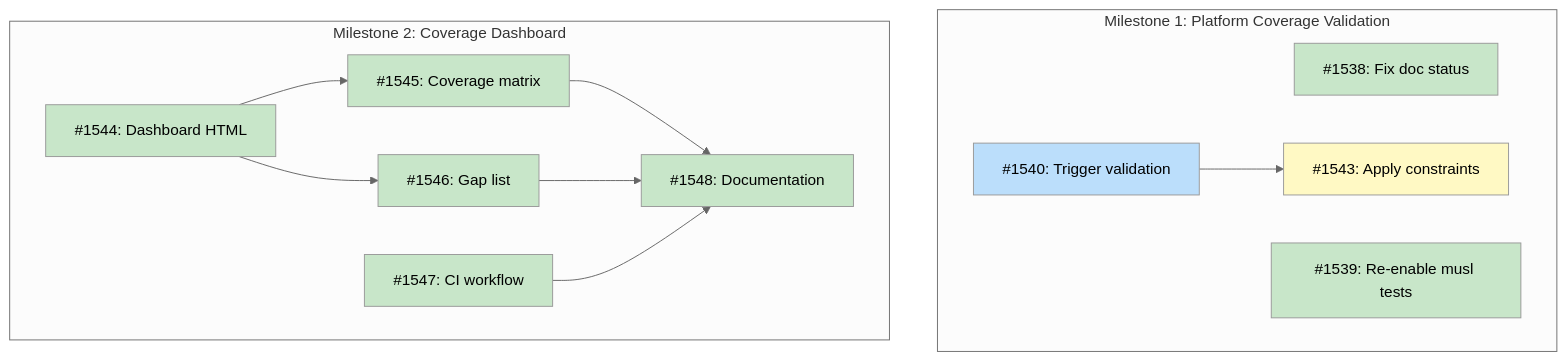
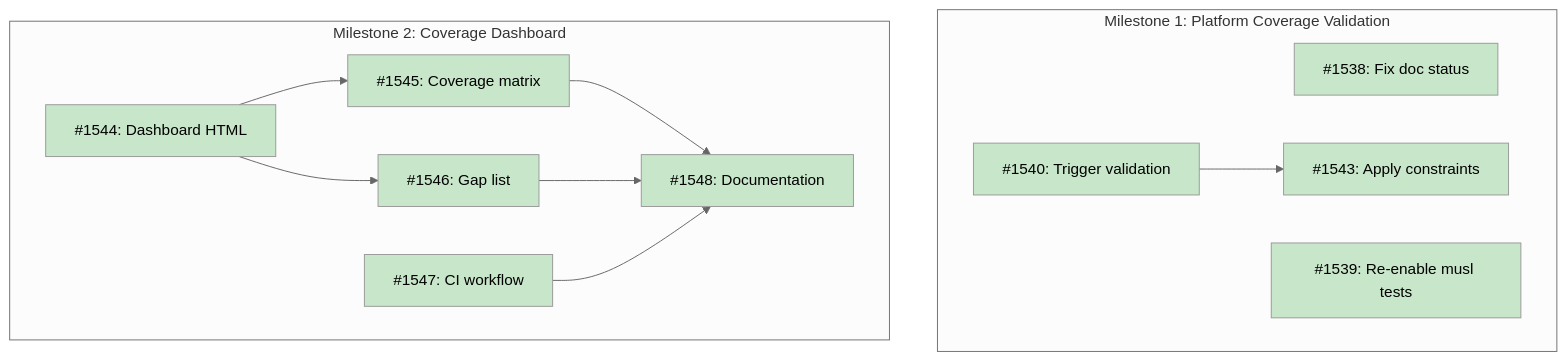
Before and after one commit to tsukumogami/tsuku: the diagram in docs/designs/DESIGN-recipe-coverage-system.md, drawn with Mermaid (neutral theme). The commit also changed other lines of this file, not shown here.

````diff
--- a/docs/designs/DESIGN-recipe-coverage-system.md
+++ b/docs/designs/DESIGN-recipe-coverage-system.md
@@ -44,33 +44,33 @@
 ```mermaid
 graph TD
     subgraph M1["Milestone 1: Platform Coverage Validation"]
         I1538["#1538: Fix doc status"]
         I1539["#1539: Re-enable musl tests"]
         I1540["#1540: Trigger validation"]
         I1543["#1543: Apply constraints"]
     end
 
     subgraph M2["Milestone 2: Coverage Dashboard"]
         I1544["#1544: Dashboard HTML"]
         I1545["#1545: Coverage matrix"]
         I1546["#1546: Gap list"]
         I1547["#1547: CI workflow"]
         I1548["#1548: Documentation"]
     end
 
     I1540 --> I1543
     I1544 --> I1545
     I1544 --> I1546
     I1545 --> I1548
     I1546 --> I1548
     I1547 --> I1548
 
     classDef done fill:#c8e6c9
     classDef ready fill:#bbdefb
     classDef blocked fill:#fff9c4
     classDef needsDesign fill:#e1bee7
 
     class I1538,I1539,I1544,I1545,I1546,I1547,I1548 done
-    class I1540 ready
-    class I1543 blocked
+    class I1540 done
+    class I1543 done
 ```
````
